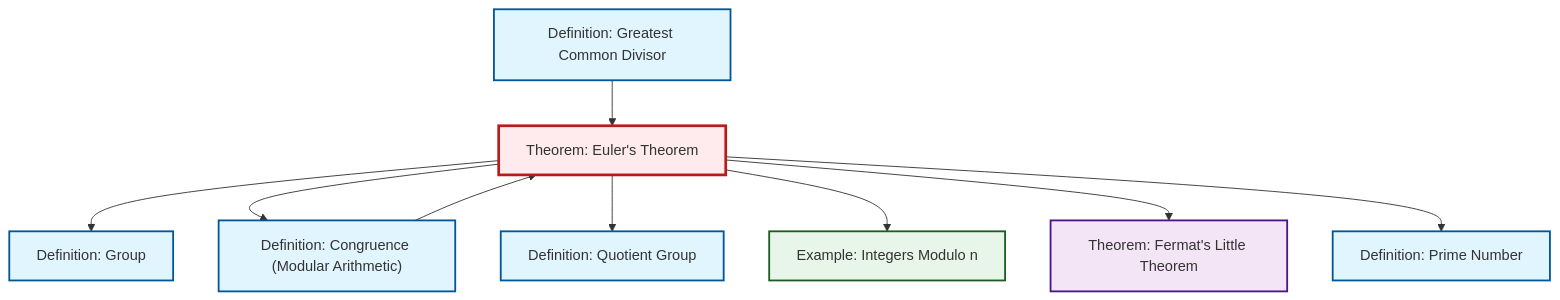
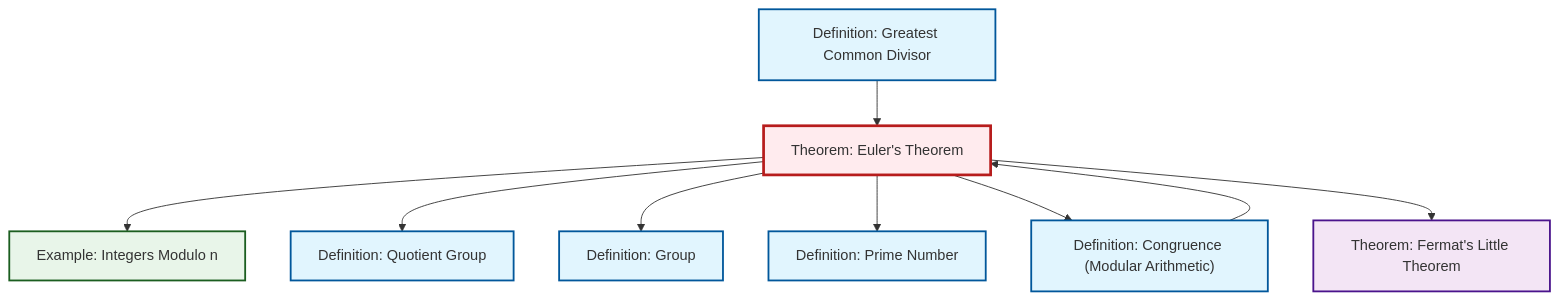
The diagram in content/en/number-theory/thm-euler.qmd (RK0429/ModernMath), drawn with Mermaid before and after one commit. The commit also changed other lines of this file and 497 other files, not shown here.

````diff
--- a/content/en/number-theory/thm-euler.qmd
+++ b/content/en/number-theory/thm-euler.qmd
@@ -53,33 +53,33 @@
 ```{mermaid}
 %%| fig-cap: "Local dependency graph"
 graph TD
     classDef definition fill:#e1f5fe,stroke:#01579b,stroke-width:2px
     classDef theorem fill:#f3e5f5,stroke:#4a148c,stroke-width:2px
     classDef axiom fill:#fff3e0,stroke:#e65100,stroke-width:2px
     classDef example fill:#e8f5e9,stroke:#1b5e20,stroke-width:2px
     classDef current fill:#ffebee,stroke:#b71c1c,stroke-width:3px
+    def-prime["Definition: Prime Number"]:::definition
+    def-gcd["Definition: Greatest Common Divisor"]:::definition
+    ex-quotient-integers-mod-n["Example: Integers Modulo n"]:::example
     def-quotient-group["Definition: Quotient Group"]:::definition
+    def-group["Definition: Group"]:::definition
+    def-congruence["Definition: Congruence (Modular Arithmetic)"]:::definition
+    thm-euler["Theorem: Euler's Theorem"]:::theorem
     thm-fermat-little["Theorem: Fermat's Little Theorem"]:::theorem
-    thm-euler["Theorem: Euler's Theorem"]:::theorem
-    ex-quotient-integers-mod-n["Example: Integers Modulo n"]:::example
-    def-congruence["Definition: Congruence (Modular Arithmetic)"]:::definition
-    def-prime["Definition: Prime Number"]:::definition
-    def-group["Definition: Group"]:::definition
-    def-gcd["Definition: Greatest Common Divisor"]:::definition
+    thm-euler --> ex-quotient-integers-mod-n
+    def-congruence --> thm-euler
+    thm-euler --> def-quotient-group
     thm-euler --> def-group
+    def-gcd --> thm-euler
+    thm-euler --> def-prime
     thm-euler --> def-congruence
-    thm-euler --> def-quotient-group
-    def-congruence --> thm-euler
-    def-gcd --> thm-euler
-    thm-euler --> ex-quotient-integers-mod-n
     thm-euler --> thm-fermat-little
-    thm-euler --> def-prime
     class thm-euler current
+    click def-prime "def-prime.html" "Go to Prime Number definition"
+    click def-gcd "def-gcd.html" "Go to Greatest Common Divisor definition"
+    click ex-quotient-integers-mod-n "ex-quotient-integers-mod-n.html" "Go to Integers Modulo n example"
     click def-quotient-group "def-quotient-group.html" "Go to Quotient Group definition"
+    click def-group "def-group.html" "Go to Group definition"
+    click def-congruence "def-congruence.html" "Go to Congruence (Modular Arithmetic) definition"
     click thm-fermat-little "thm-fermat-little.html" "Go to Fermat's Little Theorem theorem"
-    click ex-quotient-integers-mod-n "ex-quotient-integers-mod-n.html" "Go to Integers Modulo n example"
-    click def-congruence "def-congruence.html" "Go to Congruence (Modular Arithmetic) definition"
-    click def-prime "def-prime.html" "Go to Prime Number definition"
-    click def-group "def-group.html" "Go to Group definition"
-    click def-gcd "def-gcd.html" "Go to Greatest Common Divisor definition"
 ```
````
